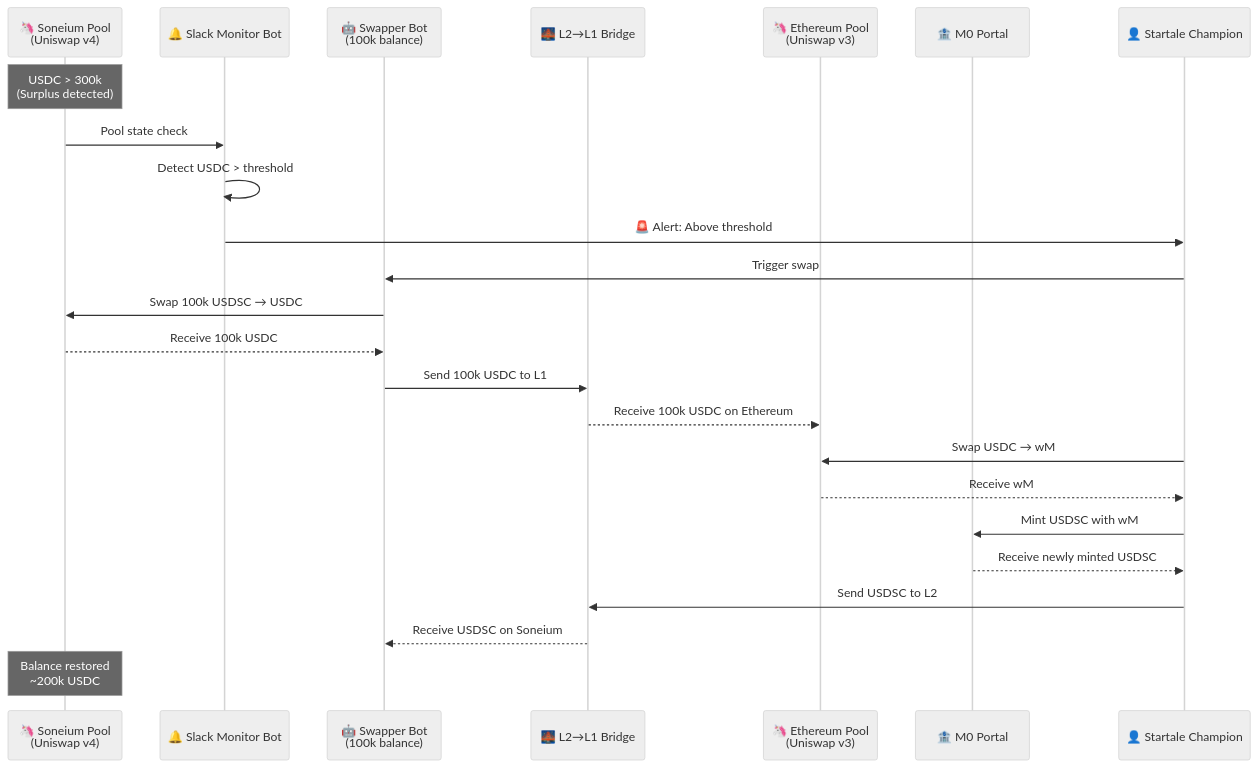
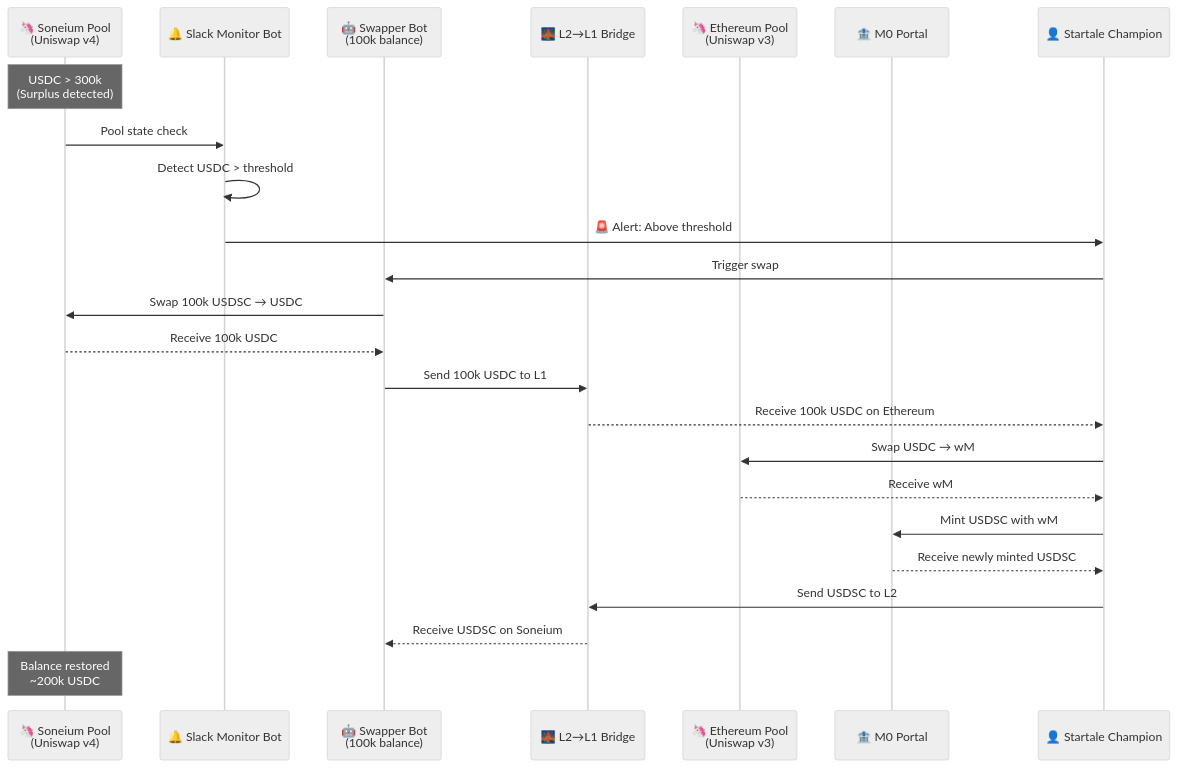
Before and after one commit to StartaleGroup/stablecoin-vault-contracts: the first of 2 diagrams in MINT_FLOW.md, drawn with Mermaid (neutral theme). The commit also changed other lines of this file, not shown here.

Commit message:
fix bridging recepient

````diff
--- a/MINT_FLOW.md
+++ b/MINT_FLOW.md
@@ -61,34 +61,34 @@
 ```mermaid
 sequenceDiagram
     participant Pool as 🦄 Soneium Pool<br/>(Uniswap v4)
     participant Monitor as 🔔 Slack Monitor Bot
     participant Swapper as 🤖 Swapper Bot<br/>(100k balance)
     participant Bridge as 🌉 L2→L1 Bridge
     participant UniV3 as 🦄 Ethereum Pool<br/>(Uniswap v3)
     participant M0 as 🏦 M0 Portal
     participant Champion as 👤 Startale Champion
 
     Note over Pool: USDC > 300k<br/>(Surplus detected)
 
     Pool->>Monitor: Pool state check
     Monitor->>Monitor: Detect USDC > threshold
     Monitor->>Champion: 🚨 Alert: Above threshold
 
     Champion->>Swapper: Trigger swap
     Swapper->>Pool: Swap 100k USDSC → USDC
     Pool-->>Swapper: Receive 100k USDC
 
     Swapper->>Bridge: Send 100k USDC to L1
-    Bridge-->>UniV3: Receive 100k USDC on Ethereum
+    Bridge-->>Champion: Receive 100k USDC on Ethereum
 
     Champion->>UniV3: Swap USDC → wM
     UniV3-->>Champion: Receive wM
 
     Champion->>M0: Mint USDSC with wM
     M0-->>Champion: Receive newly minted USDSC
 
     Champion->>Bridge: Send USDSC to L2
     Bridge-->>Swapper: Receive USDSC on Soneium
 
     Note over Pool: Balance restored<br/>~200k USDC
 ```
````
